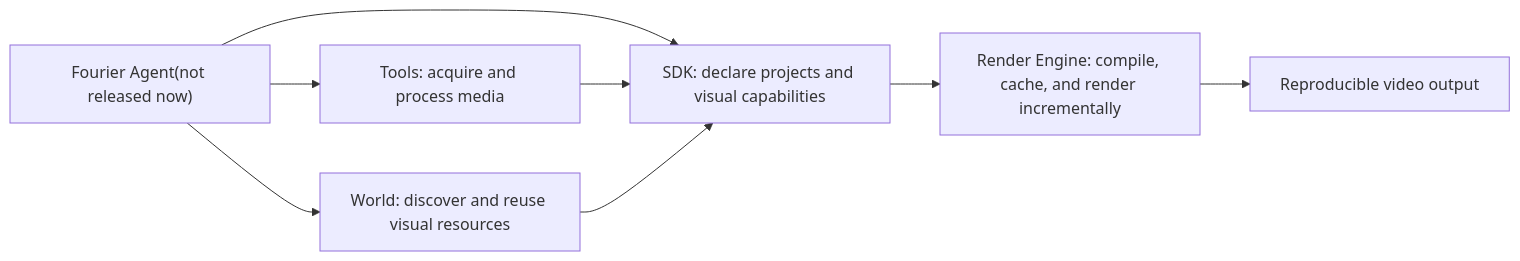
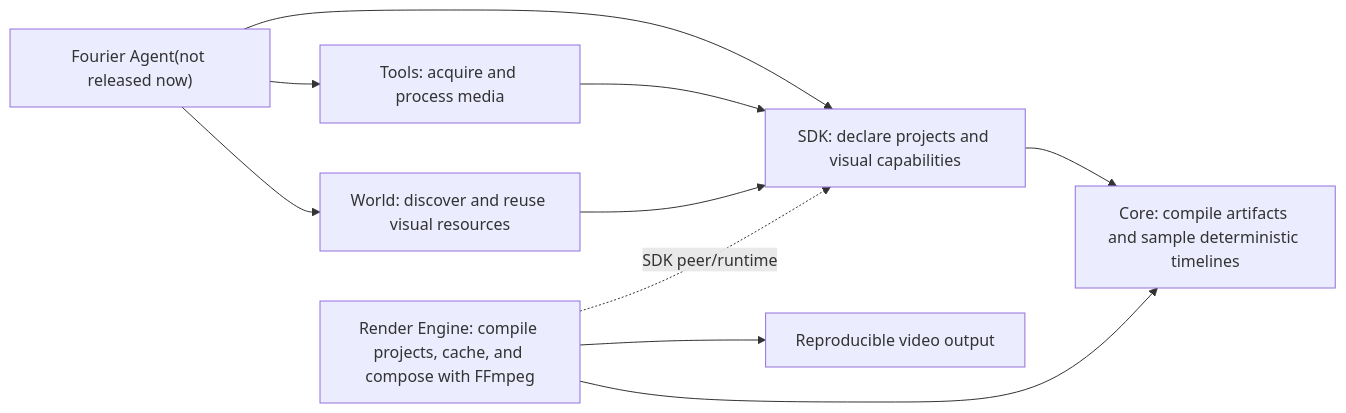
One commit to VoidFunOfficial/fourier changed the diagram in README.md. Above: the diagram before and after it, drawn with Mermaid. The commit also changed other lines of this file and 95 other files, not shown here.

````diff
--- a/README.md
+++ b/README.md
@@ -62,10 +64,12 @@
 ```mermaid
 flowchart LR
   A["Fourier Agent(not released now)"] --> S["SDK: declare projects and visual capabilities"]
   A --> T["Tools: acquire and process media"]
   A --> W["World: discover and reuse visual resources"]
   T --> S
   W --> S
-  S --> R["Render Engine: compile, cache, and render incrementally"]
+  S --> C["Core: compile artifacts and sample deterministic timelines"]
+  R["Render Engine: compile projects, cache, and compose with FFmpeg"] --> C
+  R -. "SDK peer/runtime" .-> S
   R --> V["Reproducible video output"]
 ```
````
